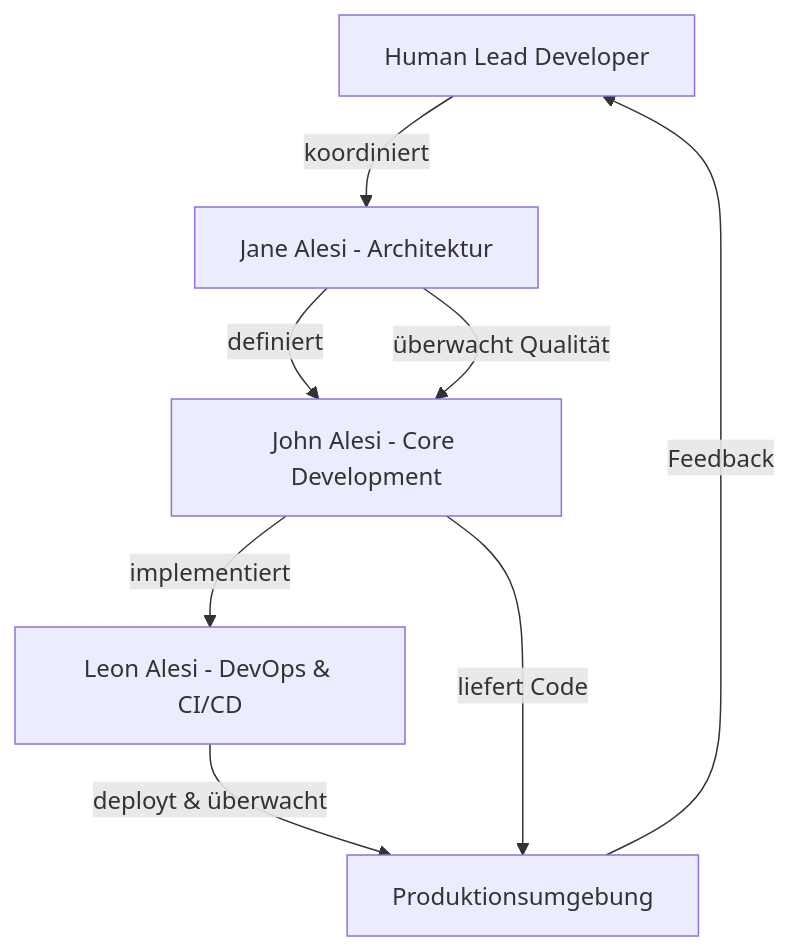
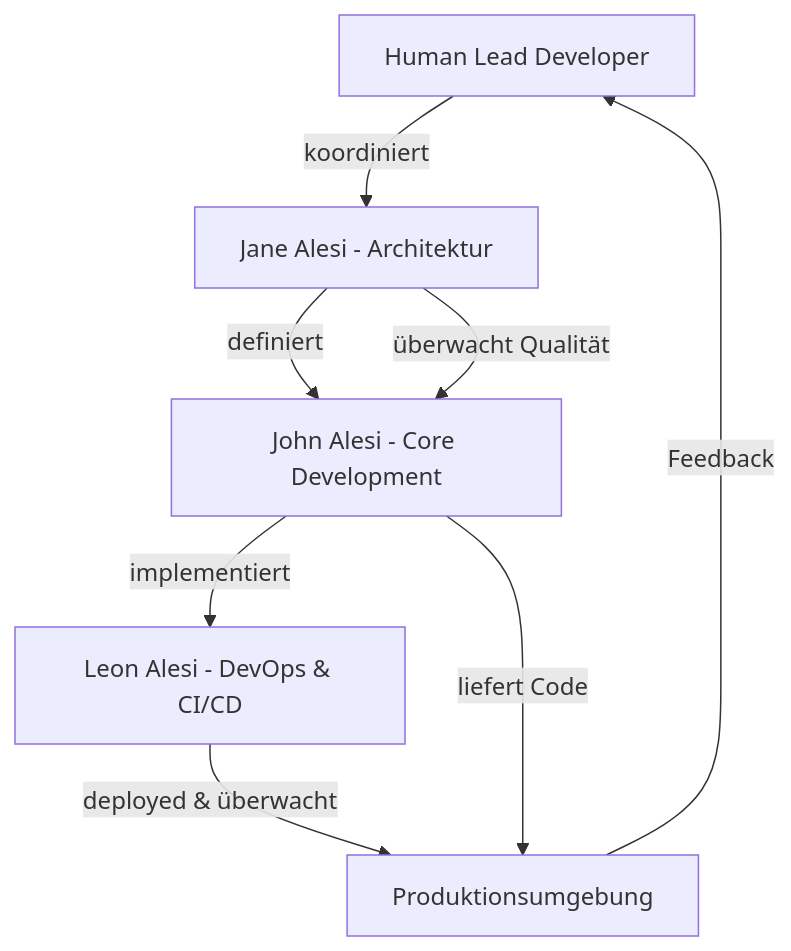
The first of 4 diagrams in docs/blog/posts/2025-06-02-ki-entwickelt-software.md (satwareAG/satware.ai), drawn with Mermaid before and after one commit. The commit also changed other lines of this file, not shown here.

````diff
--- a/docs/blog/posts/2025-06-02-ki-entwickelt-software.md
+++ b/docs/blog/posts/2025-06-02-ki-entwickelt-software.md
@@ -117,10 +157,10 @@
 ```mermaid
 flowchart TD
     A[Human Lead Developer] -->|koordiniert| B[Jane Alesi - Architektur]
     B -->|definiert| C[John Alesi - Core Development]
     C -->|implementiert| D[Leon Alesi - DevOps & CI/CD]
-    D -->|deployt & überwacht| E[Produktionsumgebung]
+    D -->|deployed & überwacht| E[Produktionsumgebung]
     C -->|liefert Code| E
     B -->|überwacht Qualität| C
     E -->|Feedback| A
 ```
````
